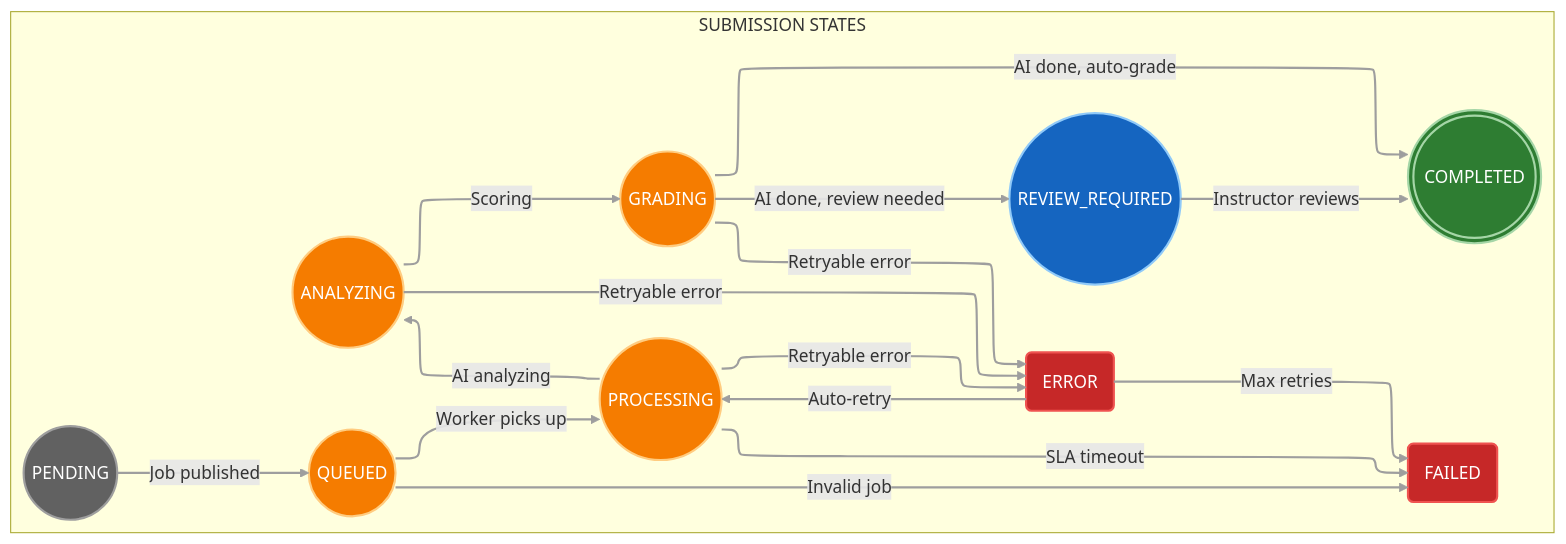
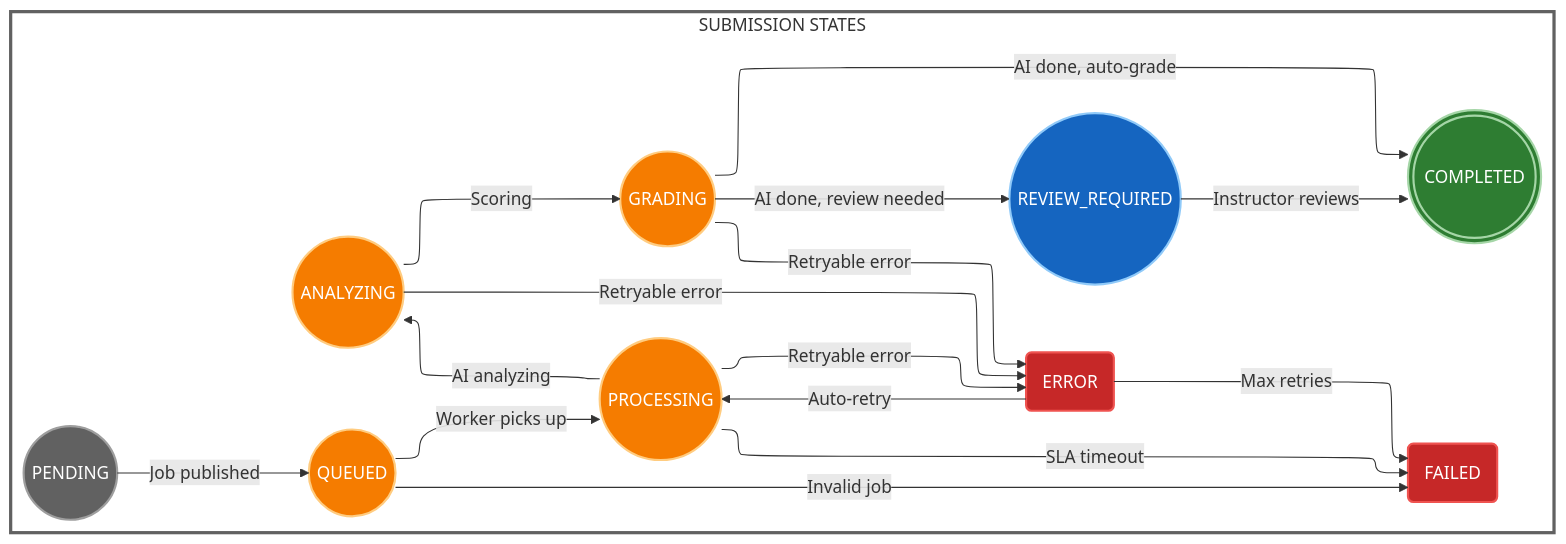
One commit to nghyane/VSTEP changed the fifth of 12 diagrams in docs/capstone/diagrams/flow-diagrams.vi.md. Above: the diagram before and after it, drawn with Mermaid. The commit also changed other lines of this file, not shown here.

First line of the commit message:
fix(docs): remove unsupported linkStyle syntax causing parse errors

````diff
--- a/docs/capstone/diagrams/flow-diagrams.vi.md
+++ b/docs/capstone/diagrams/flow-diagrams.vi.md
@@ -236,51 +264,54 @@
 ```mermaid
 ---
 config:
   layout: elk
 ---
 flowchart TB
     subgraph States["SUBMISSION STATES"]
         direction LR
         PENDING@{ shape: circle, label: "PENDING" }
         QUEUED@{ shape: circle, label: "QUEUED" }
         PROCESSING@{ shape: circle, label: "PROCESSING" }
         ANALYZING@{ shape: circle, label: "ANALYZING" }
         GRADING@{ shape: circle, label: "GRADING" }
         COMPLETED@{ shape: dbl-circ, label: "COMPLETED" }
         ERROR@{ shape: rounded, label: "ERROR" }
         FAILED@{ shape: rounded, label: "FAILED" }
         REVIEW@{ shape: circle, label: "REVIEW_REQUIRED" }
     end
 
     PENDING -->|"Job published"| QUEUED
     QUEUED -->|"Worker picks up"| PROCESSING
     PROCESSING -->|"AI analyzing"| ANALYZING
     ANALYZING -->|"Scoring"| GRADING
     GRADING -->|"AI done, auto-grade"| COMPLETED
     GRADING -->|"AI done, review needed"| REVIEW
     REVIEW -->|"Instructor reviews"| COMPLETED
     
     PROCESSING -->|"Retryable error"| ERROR
     ANALYZING -->|"Retryable error"| ERROR
     GRADING -->|"Retryable error"| ERROR
     
     ERROR -->|"Auto-retry"| PROCESSING
     ERROR -->|"Max retries"| FAILED
     
     QUEUED -->|"Invalid job"| FAILED
     PROCESSING -->|"SLA timeout"| FAILED
 
     classDef pending fill:#616161,stroke:#9e9e9e,stroke-width:2px,color:#fff
     classDef active fill:#f57c00,stroke:#ffcc80,stroke-width:2px,color:#fff
     classDef success fill:#2e7d32,stroke:#a5d6a7,stroke-width:2px,color:#fff
     classDef error fill:#c62828,stroke:#ef5350,stroke-width:2px,color:#fff
     classDef review fill:#1565c0,stroke:#90caf9,stroke-width:2px,color:#fff
 
+    classDef statesBox fill:none,stroke:#616161,stroke-width:3px
+
+    class States statesBox
+
     class PENDING pending
     class QUEUED,PROCESSING,ANALYZING,GRADING active
     class COMPLETED success
     class ERROR,FAILED error
     class REVIEW review
 
-    linkStyle default stroke:#9e9e9e,stroke-width:2px
 ```
````
